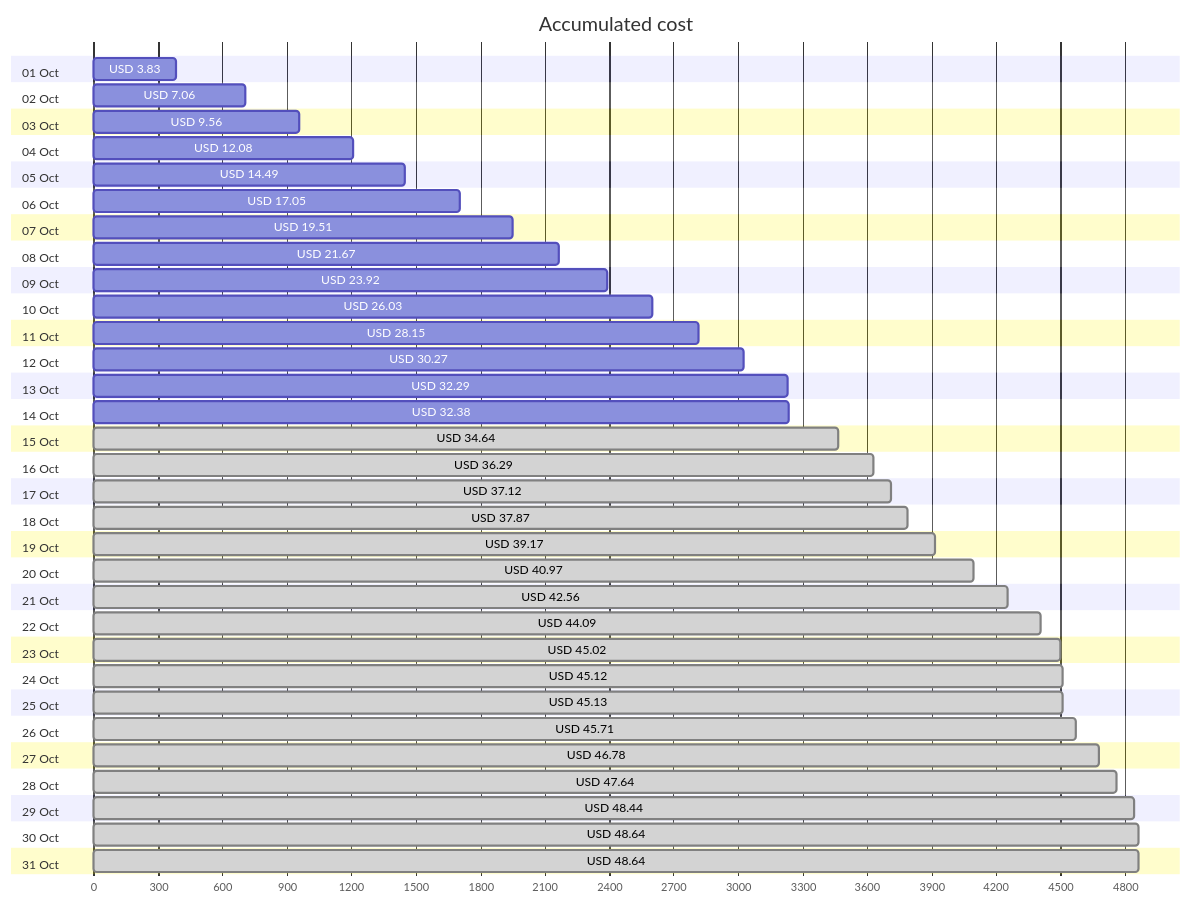
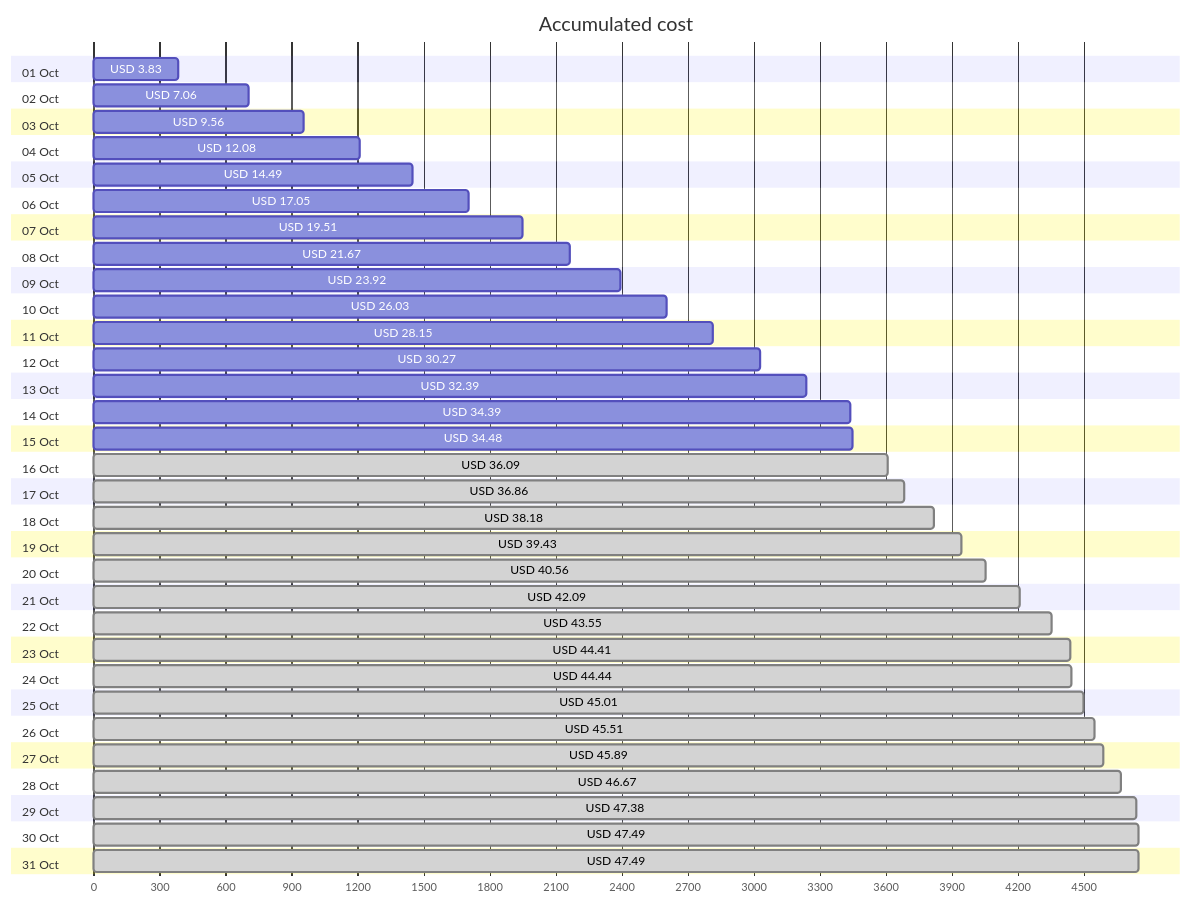
One commit to jpfulton/azure-personal-reports changed the first of 4 diagrams in cost-reports/accumulated-cost.md. Above: the diagram before and after it, drawn with Mermaid. The commit also changed other lines of this file and 4 other files, not shown here.

````diff
--- a/cost-reports/accumulated-cost.md
+++ b/cost-reports/accumulated-cost.md
@@ -20,68 +20,68 @@
 ```mermaid
 gantt
    title Accumulated cost
    dateFormat  X
    axisFormat %s
    section 01 Oct
    USD 3.83 :0, 383
    section 02 Oct
    USD 7.06 :0, 706
    section 03 Oct
    USD 9.56 :0, 956
    section 04 Oct
    USD 12.08 :0, 1208
    section 05 Oct
    USD 14.49 :0, 1449
    section 06 Oct
    USD 17.05 :0, 1705
    section 07 Oct
    USD 19.51 :0, 1951
    section 08 Oct
    USD 21.67 :0, 2167
    section 09 Oct
    USD 23.92 :0, 2392
    section 10 Oct
    USD 26.03 :0, 2603
    section 11 Oct
    USD 28.15 :0, 2815
    section 12 Oct
    USD 30.27 :0, 3027
    section 13 Oct
-   USD 32.29 :0, 3229
+   USD 32.39 :0, 3239
    section 14 Oct
-   USD 32.38 :0, 3238
+   USD 34.39 :0, 3439
    section 15 Oct
-   USD 34.64 : done, 0, 3464
+   USD 34.48 :0, 3448
    section 16 Oct
-   USD 36.29 : done, 0, 3629
+   USD 36.09 : done, 0, 3609
    section 17 Oct
-   USD 37.12 : done, 0, 3712
+   USD 36.86 : done, 0, 3686
    section 18 Oct
-   USD 37.87 : done, 0, 3787
+   USD 38.18 : done, 0, 3818
    section 19 Oct
-   USD 39.17 : done, 0, 3917
+   USD 39.43 : done, 0, 3943
    section 20 Oct
-   USD 40.97 : done, 0, 4097
+   USD 40.56 : done, 0, 4056
    section 21 Oct
-   USD 42.56 : done, 0, 4256
+   USD 42.09 : done, 0, 4209
    section 22 Oct
-   USD 44.09 : done, 0, 4409
+   USD 43.55 : done, 0, 4355
    section 23 Oct
-   USD 45.02 : done, 0, 4502
+   USD 44.41 : done, 0, 4441
    section 24 Oct
-   USD 45.12 : done, 0, 4512
+   USD 44.44 : done, 0, 4444
    section 25 Oct
-   USD 45.13 : done, 0, 4513
+   USD 45.01 : done, 0, 4501
    section 26 Oct
-   USD 45.71 : done, 0, 4571
+   USD 45.51 : done, 0, 4551
    section 27 Oct
-   USD 46.78 : done, 0, 4678
+   USD 45.89 : done, 0, 4589
    section 28 Oct
-   USD 47.64 : done, 0, 4764
+   USD 46.67 : done, 0, 4667
    section 29 Oct
-   USD 48.44 : done, 0, 4844
+   USD 47.38 : done, 0, 4738
    section 30 Oct
-   USD 48.64 : done, 0, 4864
+   USD 47.49 : done, 0, 4749
    section 31 Oct
-   USD 48.64 : done, 0, 4864
+   USD 47.49 : done, 0, 4749
 ```
````
